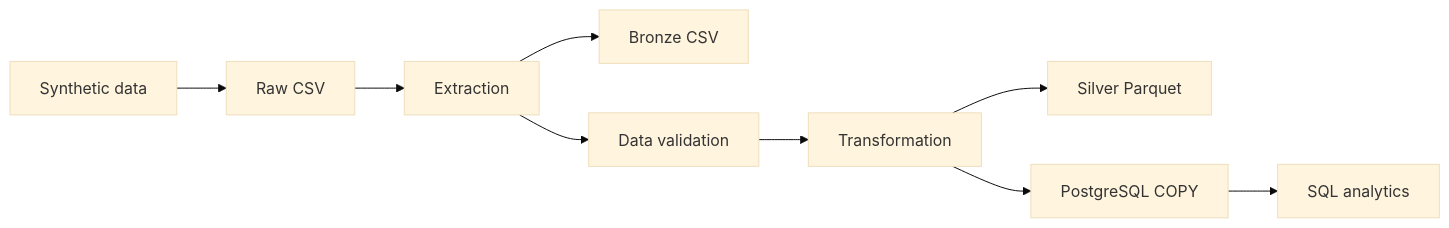
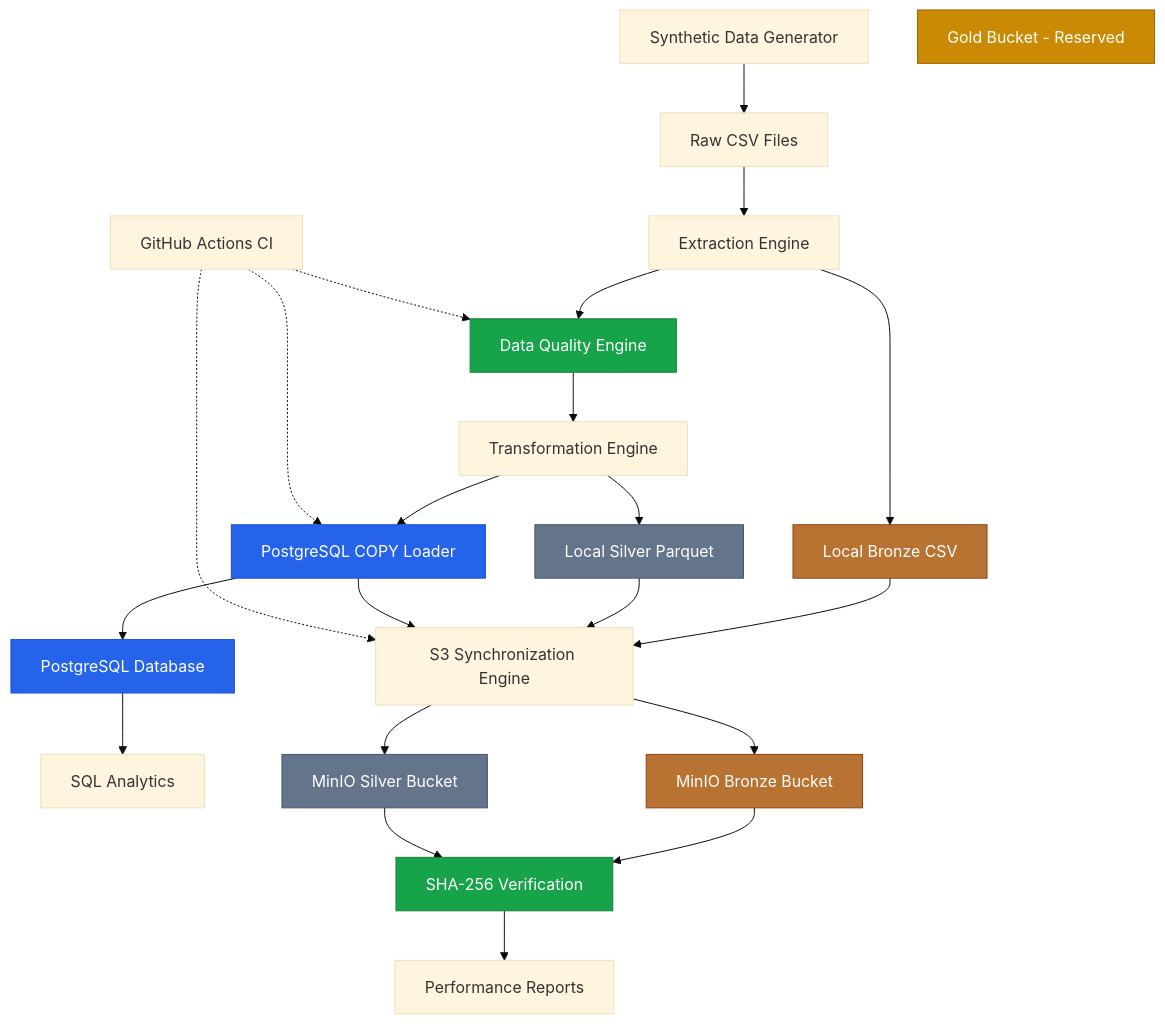
The diagram in README.md (Anuj05Chandrol/Anuj05Chandrol), drawn with Mermaid (base theme) before and after one commit. The commit also changed other lines of this file, not shown here.

````diff
--- a/README.md
+++ b/README.md
@@ -31,11 +62,46 @@
 ```mermaid
-flowchart LR
-    A[Synthetic data] --> B[Raw CSV]
-    B --> C[Extraction]
-    C --> D[Bronze CSV]
-    C --> E[Data validation]
-    E --> F[Transformation]
-    F --> G[Silver Parquet]
-    F --> H[PostgreSQL COPY]
-    H --> I[SQL analytics]
+flowchart TD
+    A[Synthetic Data Generator] --> B[Raw CSV Files]
+    B --> C[Extraction Engine]
+
+    C --> D[Local Bronze CSV]
+    C --> E[Data Quality Engine]
+
+    E --> F[Transformation Engine]
+
+    F --> G[Local Silver Parquet]
+    F --> H[PostgreSQL COPY Loader]
+
+    H --> I[PostgreSQL Database]
+    I --> J[SQL Analytics]
+
+    D --> K[S3 Synchronization Engine]
+    G --> K
+    H --> K
+
+    K --> L[MinIO Bronze Bucket]
+    K --> M[MinIO Silver Bucket]
+
+    L --> N[SHA-256 Verification]
+    M --> N
+
+    N --> O[Performance Reports]
+
+    P[Gold Bucket - Reserved]
+
+    Q[GitHub Actions CI] -.-> E
+    Q -.-> H
+    Q -.-> K
+
+    classDef bronze fill:#B87333,color:#fff,stroke:#92400e
+    classDef silver fill:#64748B,color:#fff,stroke:#475569
+    classDef gold fill:#CA8A04,color:#fff,stroke:#A16207
+    classDef database fill:#2563EB,color:#fff,stroke:#1D4ED8
+    classDef quality fill:#16A34A,color:#fff,stroke:#15803D
+
+    class D,L bronze
+    class G,M silver
+    class P gold
+    class I,H database
+    class E,N quality
 ```
````
